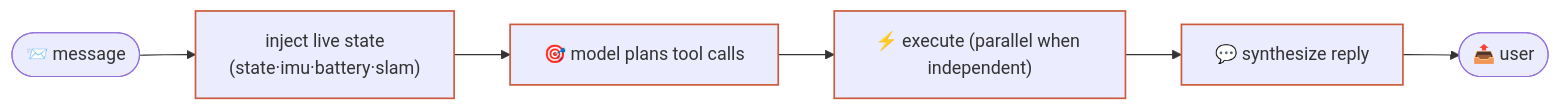
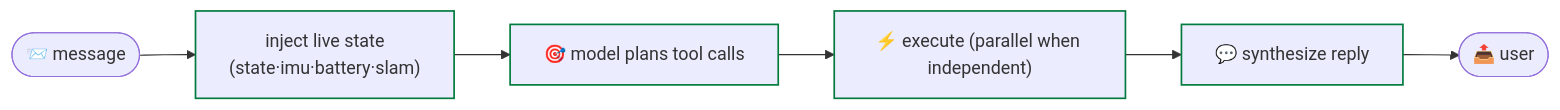
One commit to cagataycali/neon-the-g1 changed the first of 3 diagrams in docs/guide/architecture.md. Above: the diagram before and after it, drawn with Mermaid. The commit also changed other lines of this file and 10 other files, not shown here.

Commit message:
mermaid: Material renders the fences itself; --md-mermaid-* tokens put diagrams in ink on the page surface, classDef strokes in the palette (green / grey / amber), neon's own mermaid@10 renderer and both init scripts removed

````diff
--- a/docs/guide/architecture.md
+++ b/docs/guide/architecture.md
@@ -29,10 +29,10 @@
 ```mermaid
 flowchart LR
   M(["📨 message"]) --> I["inject live state<br/>(state·imu·battery·slam)"]
   I --> P["🎯 model plans tool calls"]
   P --> T["⚡ execute (parallel when independent)"]
   T --> R["💬 synthesize reply"]
   R --> U(["📤 user"])
-  classDef a stroke:#cc5a3a,stroke-width:1.5px
+  classDef a stroke:#007a3d,stroke-width:1.5px
   class I,P,T,R a
 ```
````
